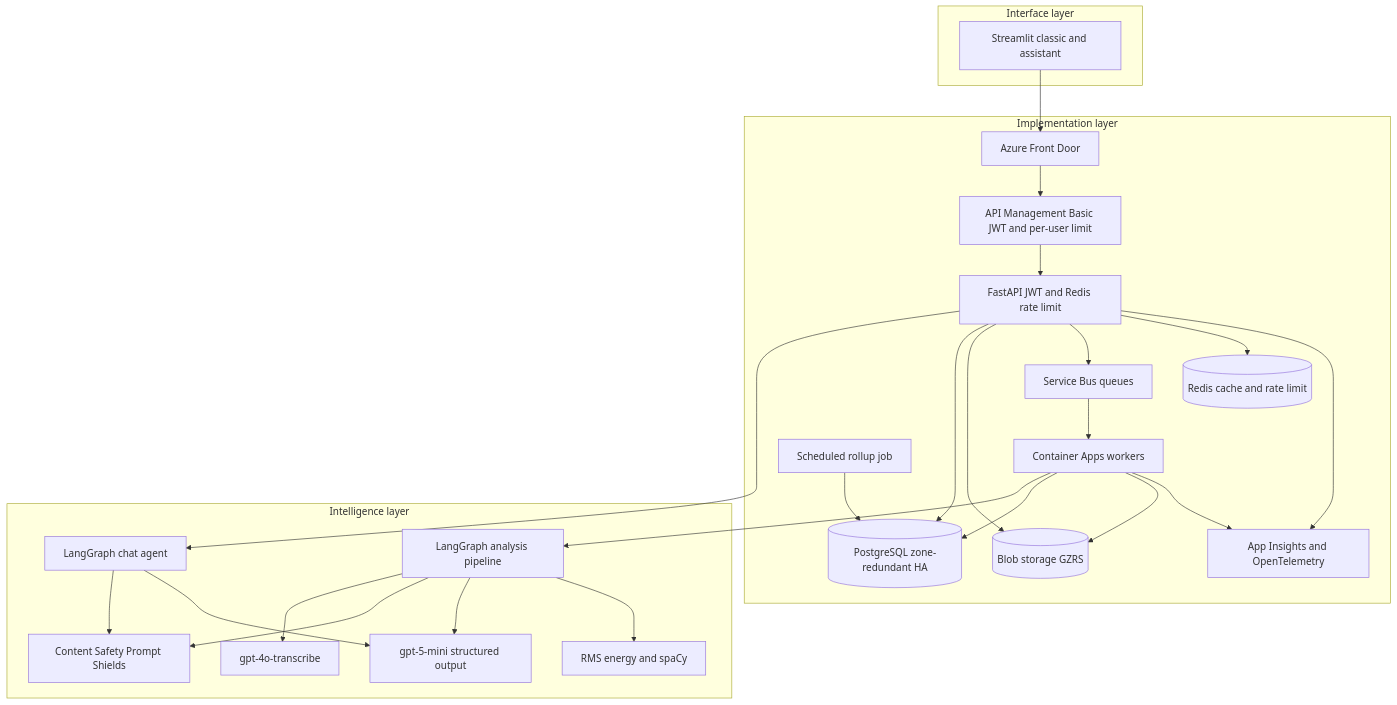
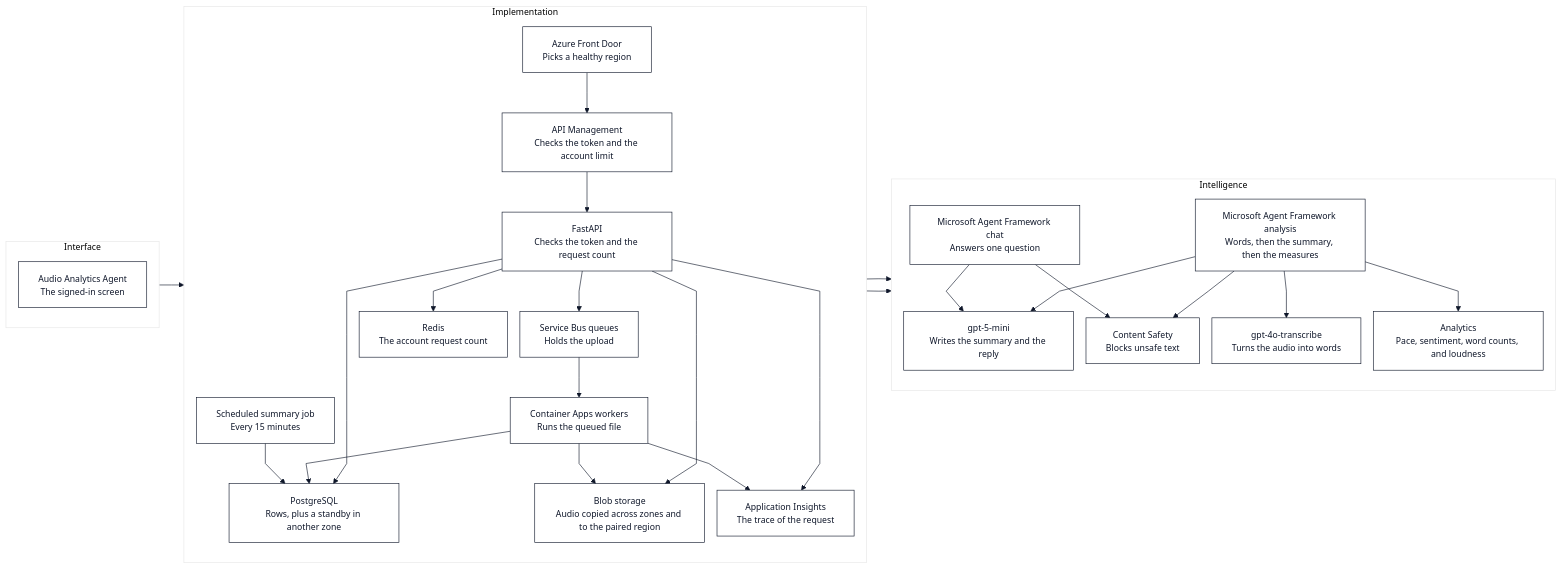
The first of 5 diagrams in docs/architecture.md (highprincezero/wn-voice-analytics), drawn with Mermaid before and after one commit. The commit also changed other lines of this file and 25 other files, not shown here.

````diff
--- a/docs/architecture.md
+++ b/docs/architecture.md
@@ -9,48 +23,66 @@
 ```mermaid
-flowchart TB
-  subgraph interfaceLayer [Interface layer]
-    UI[Streamlit classic and assistant]
+%%{init: {"theme": "base", "themeVariables": {"fontFamily": "monospace", "fontSize": "14px", "primaryColor": "#ffffff", "primaryTextColor": "#0f172a", "primaryBorderColor": "#0f172a", "lineColor": "#0f172a", "background": "#ffffff"}, "flowchart": {"curve": "linear", "padding": 16, "nodeSpacing": 20, "rankSpacing": 40, "htmlLabels": false, "wrappingWidth": 210, "useMaxWidth": false}}}%%
+flowchart LR
+  subgraph interfaceLayer ["Interface"]
+    direction TB
+    UI["Audio Analytics Agent
+The signed-in screen"]
   end
-
-  subgraph implementationLayer [Implementation layer]
-    FD[Azure Front Door]
-    APIM[API Management Basic JWT and per-user limit]
-    API[FastAPI JWT and Redis rate limit]
-    SB[Service Bus queues]
-    WK[Container Apps workers]
-    JOB[Scheduled rollup job]
-    PG[(PostgreSQL zone-redundant HA)]
-    BLOB[(Blob storage GZRS)]
-    CACHE[(Redis cache and rate limit)]
-    OBS[App Insights and OpenTelemetry]
+  subgraph implementationLayer ["Implementation"]
+    direction TB
+    FD["Azure Front Door
+Picks a healthy region"]
+    APIM["API Management
+Checks the token and the account limit"]
+    API["FastAPI
+Checks the token and the request count"]
+    SB["Service Bus queues
+Holds the upload"]
+    WK["Container Apps workers
+Runs the queued file"]
+    JOB["Scheduled summary job
+Every 15 minutes"]
+    PG["PostgreSQL
+Rows, plus a standby in another zone"]
+    BLOB["Blob storage
+Audio copied across zones and to the paired region"]
+    CACHE["Redis
+The account request count"]
+    OBS["Application Insights
+The trace of the request"]
+    FD --> APIM --> API
+    API --> SB --> WK
+    API --> CACHE
+    API --> PG
+    API --> BLOB
+    API --> OBS
+    WK --> PG
+    WK --> BLOB
+    WK --> OBS
+    JOB --> PG
   end
-
-  subgraph intelligenceLayer [Intelligence layer]
-    LG[LangGraph analysis pipeline]
-    CHAT[LangGraph chat agent]
-    STT[gpt-4o-transcribe]
-    LLM[gpt-5-mini structured output]
-    CS[Content Safety Prompt Shields]
-    FEAT[RMS energy and spaCy]
+  subgraph intelligenceLayer ["Intelligence"]
+    direction TB
+    CHAT["Microsoft Agent Framework chat
+Answers one question"]
+    LG["Microsoft Agent Framework analysis
+Words, then the summary, then the measures"]
+    STT["gpt-4o-transcribe
+Turns the audio into words"]
+    LLM["gpt-5-mini
+Writes the summary and the reply"]
+    CS["Content Safety
+Blocks unsafe text"]
+    FEAT["Analytics
+Pace, sentiment, word counts, and loudness"]
+    CHAT --> LLM
+    CHAT --> CS
+    LG --> STT
+    LG --> LLM
+    LG --> CS
+    LG --> FEAT
   end
-
-  UI --> FD --> APIM --> API
+  UI --> FD
   API --> CHAT
-  API --> PG
-  API --> BLOB
-  API --> SB
-  API --> CACHE
-  CHAT --> CS
-  CHAT --> LLM
-  SB --> WK
-  JOB --> PG
   WK --> LG
-  LG --> STT
-  LG --> CS
-  LG --> LLM
-  LG --> FEAT
-  WK --> PG
-  WK --> BLOB
-  API --> OBS
-  WK --> OBS
 ```
````
